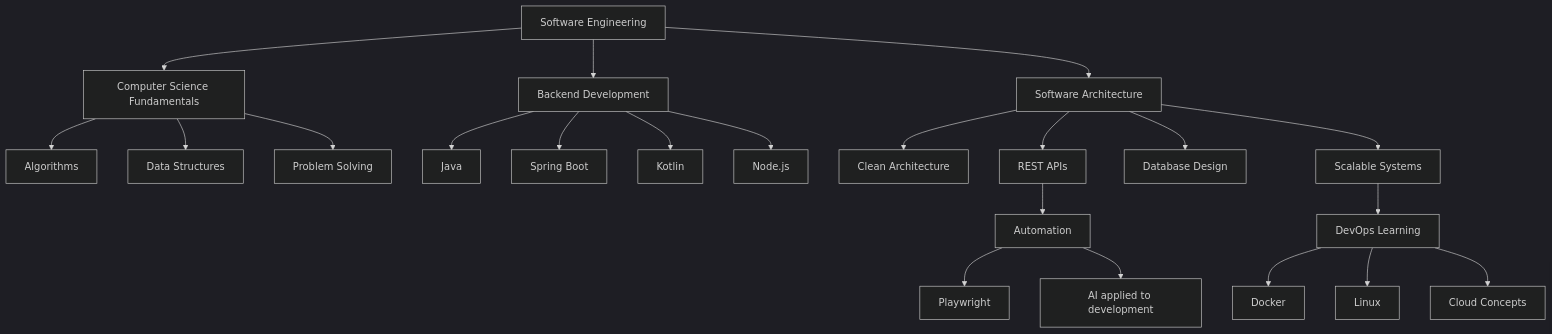
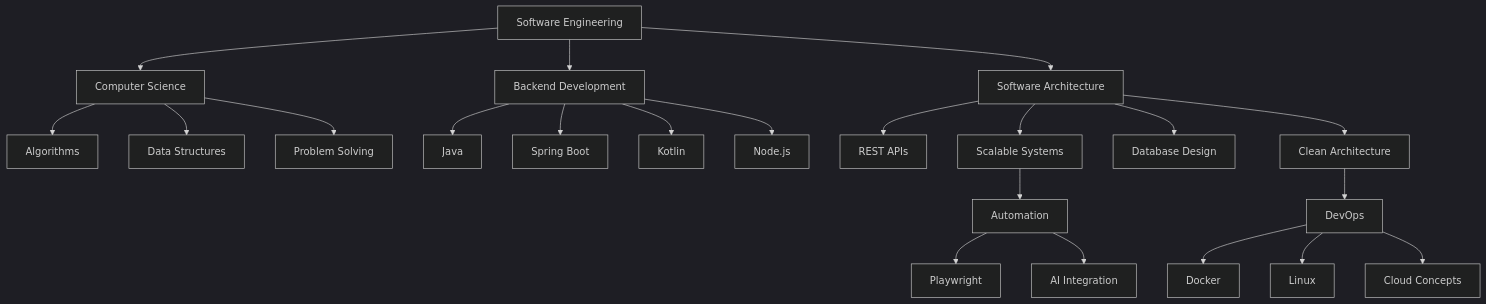
The diagram in README.md (murilo-sys/murilo-sys), drawn with Mermaid (dark theme) before and after one commit. The commit also changed other lines of this file, not shown here.

````diff
--- a/README.md
+++ b/README.md
@@ -161,29 +139,32 @@
 ```mermaid
 flowchart TD
-    A[Software Engineering] --> B[Computer Science Fundamentals]
-    A --> C[Backend Development]
-    A --> D[Software Architecture]
 
-    B --> B1[Algorithms]
-    B --> B2[Data Structures]
-    B --> B3[Problem Solving]
+A[Software Engineering]
 
-    C --> C1[Java]
-    C --> C2[Spring Boot]
-    C --> C3[Kotlin]
-    C --> C4[Node.js]
+A --> B[Computer Science]
+A --> C[Backend Development]
+A --> D[Software Architecture]
 
-    D --> D1[Clean Architecture]
-    D --> D2[REST APIs]
-    D --> D3[Database Design]
-    D --> D4[Scalable Systems]
+B --> B1[Algorithms]
+B --> B2[Data Structures]
+B --> B3[Problem Solving]
 
-    D2 --> E[Automation]
-    E --> E1[Playwright]
-    E --> E2[AI applied to development]
+C --> C1[Java]
+C --> C2[Spring Boot]
+C --> C3[Kotlin]
+C --> C4[Node.js]
 
-    D4 --> F[DevOps Learning]
-    F --> F1[Docker]
-    F --> F2[Linux]
-    F --> F3[Cloud Concepts]
+D --> D1[REST APIs]
+D --> D2[Scalable Systems]
+D --> D3[Database Design]
+D --> D4[Clean Architecture]
+
+D2 --> E[Automation]
+E --> E1[Playwright]
+E --> E2[AI Integration]
+
+D4 --> F[DevOps]
+F --> F1[Docker]
+F --> F2[Linux]
+F --> F3[Cloud Concepts]
 ```
````
